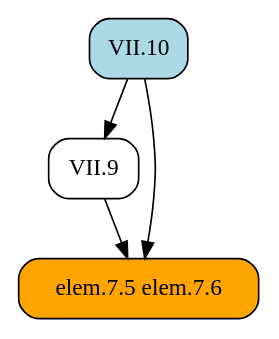
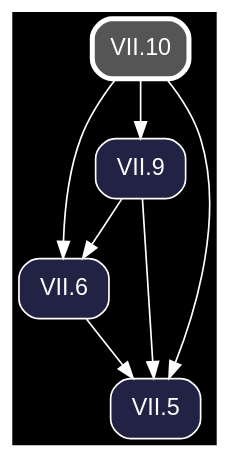
The diagram in docsrc/heath/VII/10/index.rst (geometor/elements), drawn with Graphviz before and after one commit. The commit also changed other lines of this file and 1200 other files, not shown here.

Commit message:
update dependency graphs

```diff
--- a/docsrc/heath/VII/10/index.rst
+++ b/docsrc/heath/VII/10/index.rst
@@ -32,12 +32,18 @@
 .. graphviz::
 
    digraph {
+     bgcolor="black";
+     node [shape=box, style="rounded,filled", fontname="Helvetica", color="white", fontcolor="white"];
+     edge [color="white", fontcolor="white"];
      rankdir="TB";
-     node [shape=box, style=rounded];
-     "VII.9" [URL="/heath/VII/9/", target="_top"];
-     "elem.7.5 elem.7.6" [style="rounded,filled", fillcolor=orange];
-     "VII.10" [style="rounded,filled", fillcolor=lightblue, URL="/heath/VII/10/", target="_top"];
+     "VII.9" [fillcolor="#222244", URL="/heath/VII/9/", target="_top"];
+     "VII.6" [fillcolor="#222244", URL="/heath/VII/6/", target="_top"];
+     "VII.10" [penwidth=3, color="white", fillcolor="#555555", URL="/heath/VII/10/", target="_top"];
+     "VII.5" [fillcolor="#222244", URL="/heath/VII/5/", target="_top"];
      "VII.10" -> "VII.9";
-     "VII.9" -> "elem.7.5 elem.7.6";
-     "VII.10" -> "elem.7.5 elem.7.6";
+     "VII.9" -> "VII.6";
+     "VII.10" -> "VII.6";
+     "VII.6" -> "VII.5";
+     "VII.9" -> "VII.5";
+     "VII.10" -> "VII.5";
    }
```
